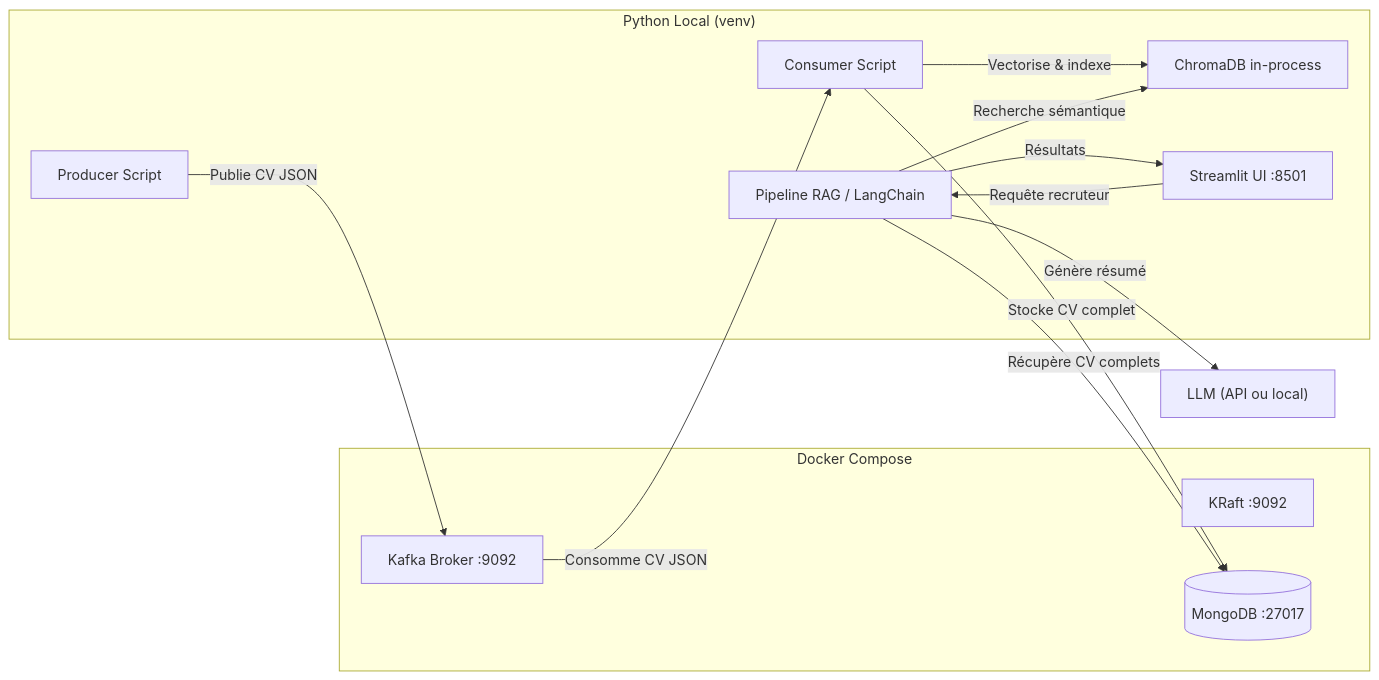
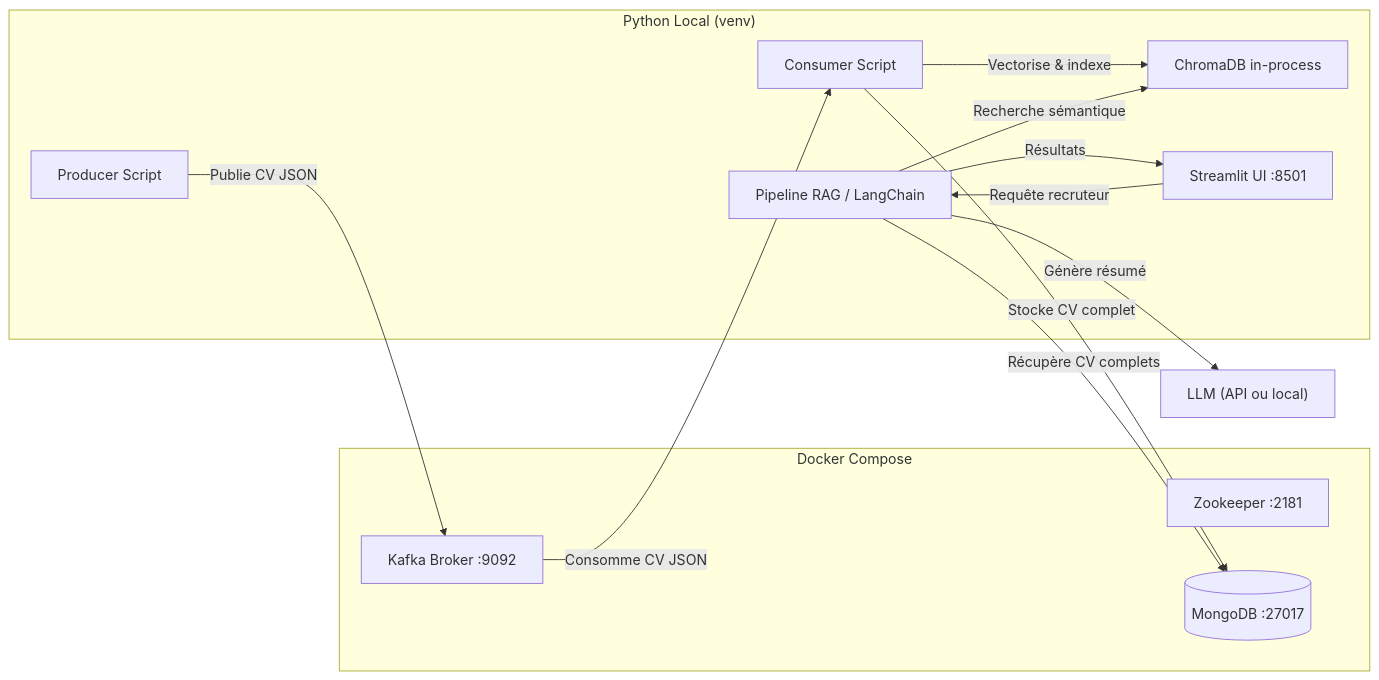
One commit to MohammedSol/smartrecruit-ai changed the first of 2 diagrams in implementation_plan.md. Above: the diagram before and after it, drawn with Mermaid. The commit also changed other lines of this file and 1 other file, not shown here.

````diff
--- a/implementation_plan.md
+++ b/implementation_plan.md
@@ -49,26 +49,26 @@
 ```mermaid
 graph LR
     subgraph Docker Compose
         KAFKA[Kafka Broker :9092]
-        KRAFT[KRaft :9092]
+        ZOOKEEPER[Zookeeper :2181]
         MONGO[(MongoDB :27017)]
     end
 
     subgraph "Python Local (venv)"
         PRODUCER[Producer Script]
         CONSUMER[Consumer Script]
         CHROMA[ChromaDB in-process]
         RAG[Pipeline RAG / LangChain]
         STREAMLIT[Streamlit UI :8501]
     end
 
     PRODUCER -- "Publie CV JSON" --> KAFKA
     KAFKA -- "Consomme CV JSON" --> CONSUMER
     CONSUMER -- "Stocke CV complet" --> MONGO
     CONSUMER -- "Vectorise & indexe" --> CHROMA
     STREAMLIT -- "Requête recruteur" --> RAG
     RAG -- "Recherche sémantique" --> CHROMA
     RAG -- "Récupère CV complets" --> MONGO
     RAG -- "Génère résumé" --> LLM["LLM (API ou local)"]
     RAG -- "Résultats" --> STREAMLIT
 ```
````
